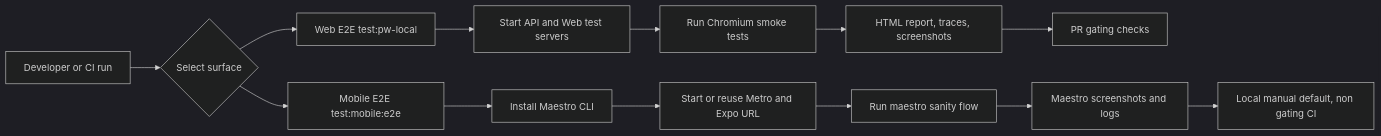
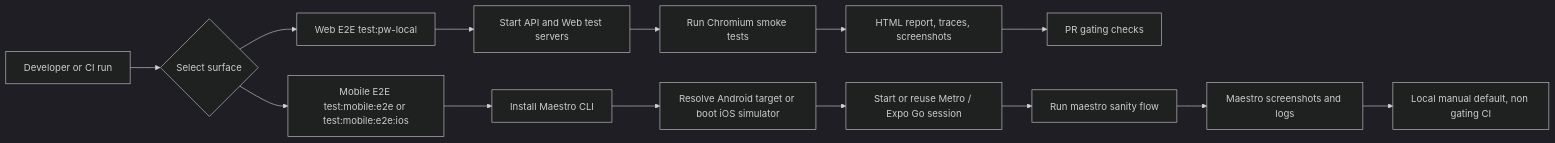
Before and after one commit to muratkeremozcan/couture-cast: diagram 12 of 12 in docs/learning-path-step-by-step.md, drawn with Mermaid (dark theme). The commit also changed other lines of this file and 46 other files, not shown here.

````diff
--- a/docs/learning-path-step-by-step.md
+++ b/docs/learning-path-step-by-step.md
@@ -830,15 +853,16 @@
 ```mermaid
 flowchart LR
   trigger["Developer or CI run"] --> pick{"Select surface"}
   pick --> web_e2e["Web E2E test:pw-local"]
-  pick --> mobile_e2e["Mobile E2E test:mobile:e2e"]
+  pick --> mobile_e2e["Mobile E2E test:mobile:e2e or test:mobile:e2e:ios"]
   web_e2e --> web_server["Start API and Web test servers"]
   web_server --> web_smoke["Run Chromium smoke tests"]
   web_smoke --> web_artifacts["HTML report, traces, screenshots"]
   web_artifacts --> web_gate["PR gating checks"]
   mobile_e2e --> maestro_install["Install Maestro CLI"]
-  maestro_install --> metro["Start or reuse Metro and Expo URL"]
+  maestro_install --> target["Resolve Android target or boot iOS simulator"]
+  target --> metro["Start or reuse Metro / Expo Go session"]
   metro --> mobile_smoke["Run maestro sanity flow"]
   mobile_smoke --> mobile_artifacts["Maestro screenshots and logs"]
   mobile_artifacts --> mobile_policy["Local manual default, non gating CI"]
 ```
````
